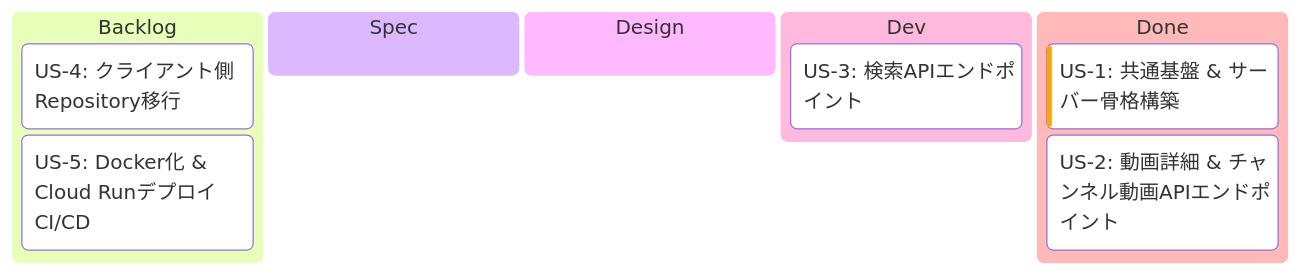
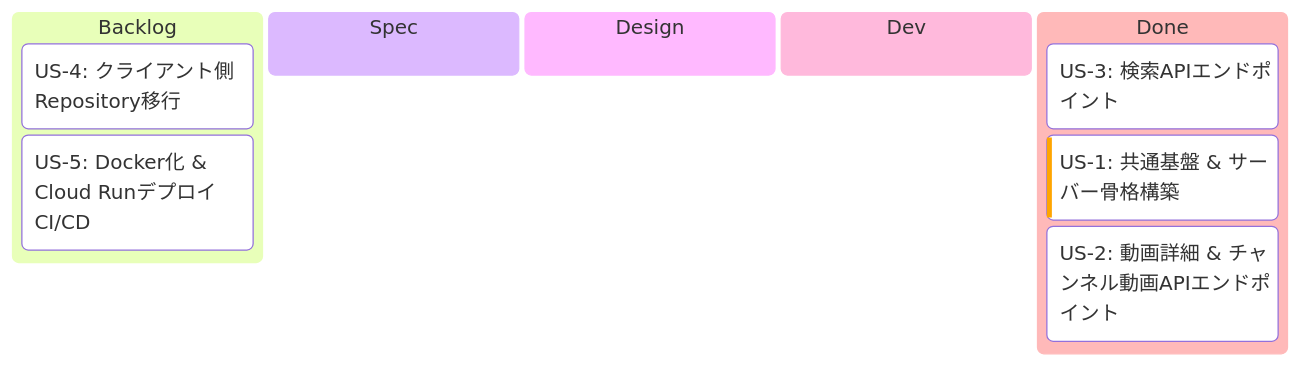
The first of 2 diagrams in implement-context/api-proxy-server/EPIC.md (saki0000/collab-stream), drawn with Mermaid before and after one commit. The commit also changed other lines of this file, not shown here.

````diff
--- a/implement-context/api-proxy-server/EPIC.md
+++ b/implement-context/api-proxy-server/EPIC.md
@@ -26,18 +26,18 @@
 ```mermaid
 ---
 config:
   kanban:
     ticketBaseUrl: ''
 ---
 kanban
   backlog[Backlog]
     us4[US-4: クライアント側Repository移行]
     us5[US-5: Docker化 & Cloud Runデプロイ CI/CD]
   spec[Spec]
   design[Design]
   dev[Dev]
+  done[Done]
     us3[US-3: 検索APIエンドポイント]
-  done[Done]
     us1[US-1: 共通基盤 & サーバー骨格構築]@{ priority: 'High' }
     us2[US-2: 動画詳細 & チャンネル動画APIエンドポイント]
 ```
````
